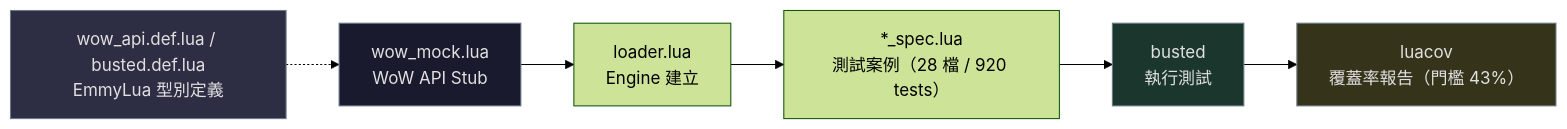
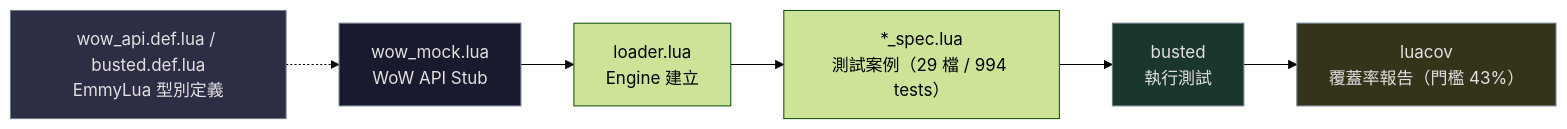
The second of 2 diagrams in CLAUDE.md (Neal75418/lunar-ui), drawn with Mermaid (forest theme) before and after one commit. The commit also changed other lines of this file and 2 other files, not shown here.

````diff
--- a/CLAUDE.md
+++ b/CLAUDE.md
@@ -162,13 +162,13 @@
 ```mermaid
 graph LR
     TypeDef["wow_api.def.lua / busted.def.lua<br/>EmmyLua 型別定義"] -.-> Mock
     Mock["wow_mock.lua<br/>WoW API Stub"] --> Loader["loader.lua<br/>Engine 建立"]
-    Loader --> Spec["*_spec.lua<br/>測試案例（28 檔 / 920 tests）"]
+    Loader --> Spec["*_spec.lua<br/>測試案例（29 檔 / 994 tests）"]
     Spec --> Busted["busted<br/>執行測試"]
     Busted --> Cov["luacov<br/>覆蓋率報告（門檻 43%）"]
 
     style TypeDef fill:#2d2d44,stroke:#6c7a89,color:#e0e0e0
     style Mock fill:#1a1a2e,stroke:#6c7a89,color:#e0e0e0
     style Busted fill:#1b362d,stroke:#6c7a89,color:#e0e0e0
     style Cov fill:#36331b,stroke:#6c7a89,color:#e0e0e0
 ```
````
